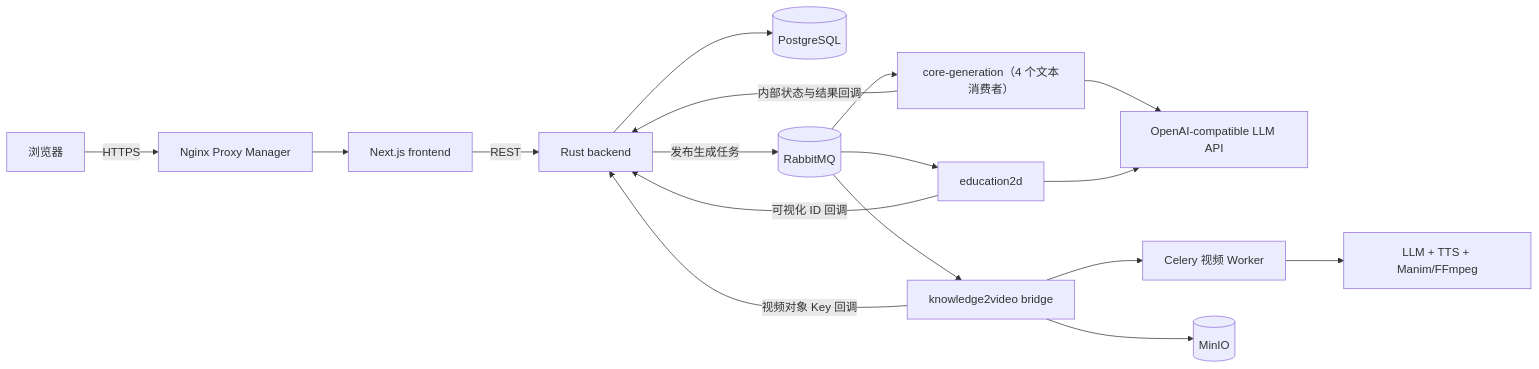
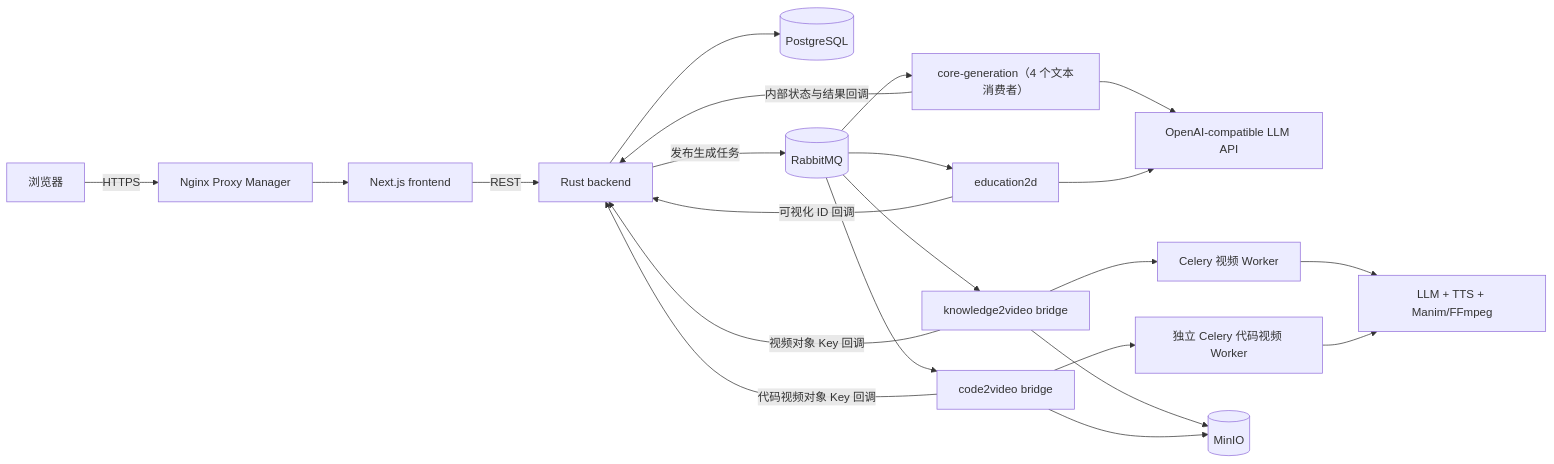
The diagram in README.md (wcxxx57/Software-Engineering), drawn with Mermaid before and after one commit. The commit also changed other lines of this file and 192 other files, not shown here.

````diff
--- a/README.md
+++ b/README.md
@@ -36,19 +39,24 @@
 ```mermaid
 flowchart LR
     U["浏览器"] -->|"HTTPS"| NPM["Nginx Proxy Manager"]
     NPM --> FE["Next.js frontend"]
     FE -->|"REST"| BE["Rust backend"]
     BE --> PG[("PostgreSQL")]
     BE -->|"发布生成任务"| MQ[("RabbitMQ")]
     MQ --> CORE["core-generation（4 个文本消费者）"]
     MQ --> EDU["education2d"]
     MQ --> K2V["knowledge2video bridge"]
+    MQ --> C2V["code2video bridge"]
     CORE --> LLM["OpenAI-compatible LLM API"]
     EDU --> LLM
     K2V --> CELERY["Celery 视频 Worker"]
+    C2V --> C2VCELERY["独立 Celery 代码视频 Worker"]
     CELERY --> TTS["LLM + TTS + Manim/FFmpeg"]
+    C2VCELERY --> TTS
     K2V --> MINIO[("MinIO")]
+    C2V --> MINIO
     CORE -->|"内部状态与结果回调"| BE
     EDU -->|"可视化 ID 回调"| BE
     K2V -->|"视频对象 Key 回调"| BE
+    C2V -->|"代码视频对象 Key 回调"| BE
 ```
````
